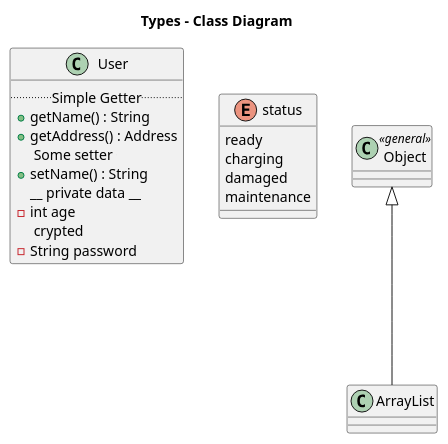
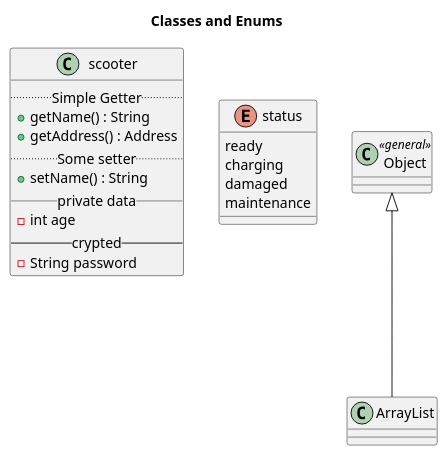
One commit to fh-erfurt/Scooter-MS changed the diagram in umldiagram.iuml. Above: the diagram before and after it, drawn with PlantUML.

Commit message:
updated UML

```diff
--- a/umldiagram.iuml
+++ b/umldiagram.iuml
@@ -1,35 +1,35 @@
 @startuml
 
-title Types - Class Diagram
+title Classes and Enums
 
 
 skinparam componentStyle uml2
 
 
 
 
-class User {
-.. Simple Getter ..
-+ getName() : String
-+ getAddress() : Address
+class scooter {
+  .. Simple Getter ..
+  + getName() : String
+  + getAddress() : Address
   .. Some setter ..
-+ setName() : String
+  + setName() : String
   __ private data __
   -int age
   -- crypted --
   -String password
-  }
+}
 
 enum status {
 ready
 charging
 damaged
 maintenance
 }
 
 
 
 class Object << general >>
 Object <|--- ArrayList
 
 @enduml
```
